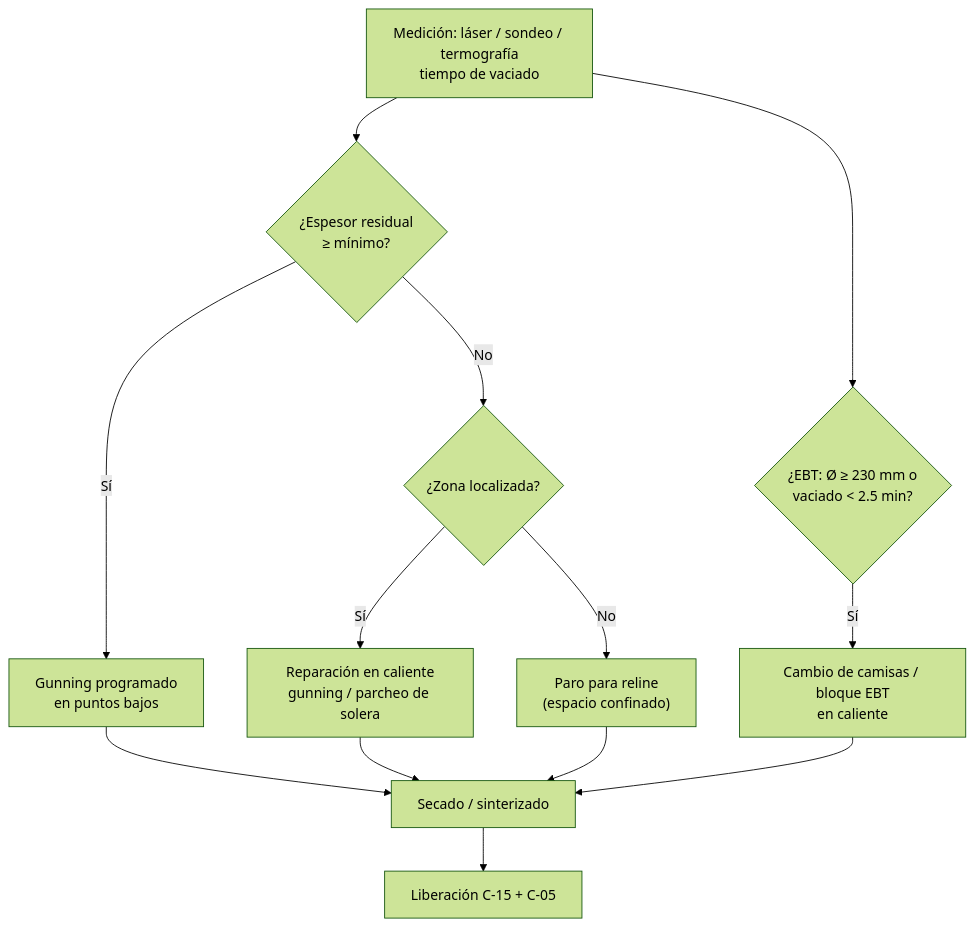
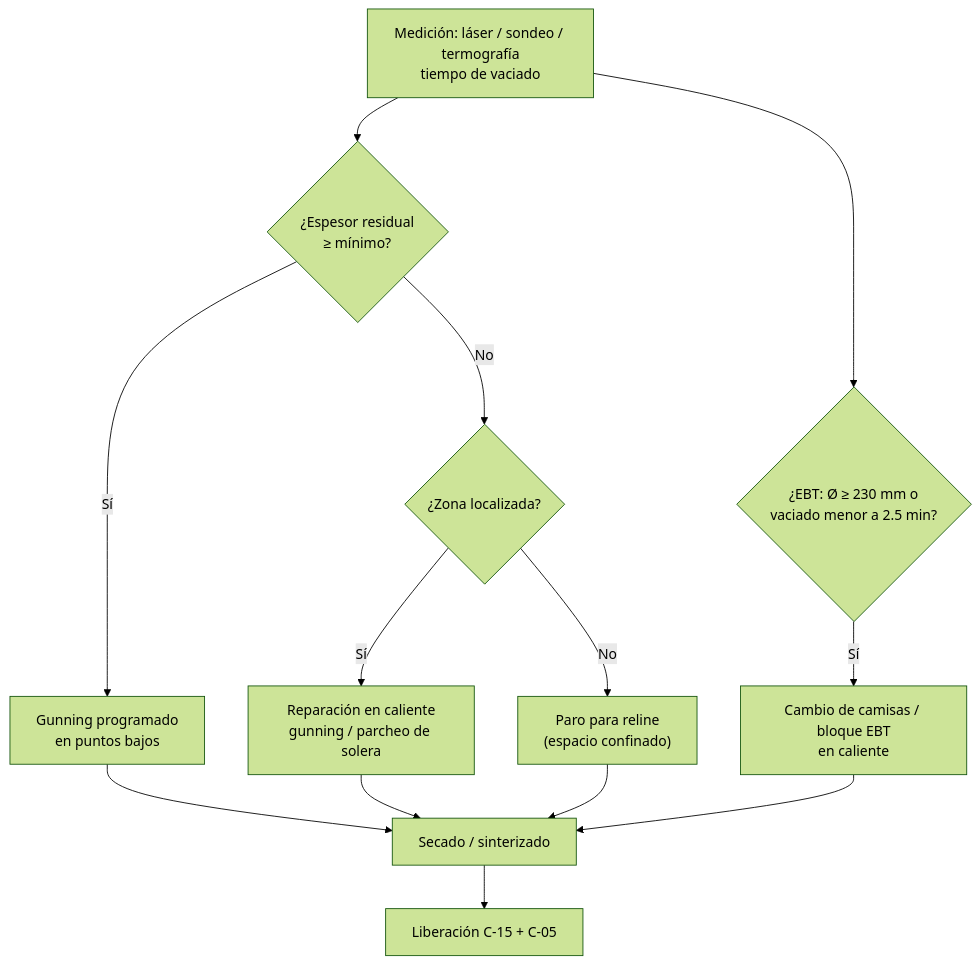
One commit to diegocardonaguzman03-maker/HR changed the diagram in 10-plantas/01-steelmaking/03-mantenimiento/MM-EAF-03-refractario-eaf-solera-ebt-gunning.md. Above: the diagram before and after it, drawn with Mermaid (forest theme). The commit also changed other lines of this file and 35 other files, not shown here.

````diff
--- a/10-plantas/01-steelmaking/03-mantenimiento/MM-EAF-03-refractario-eaf-solera-ebt-gunning.md
+++ b/10-plantas/01-steelmaking/03-mantenimiento/MM-EAF-03-refractario-eaf-solera-ebt-gunning.md
@@ -31,15 +31,15 @@
 ```mermaid
 flowchart TD
     A["Medición: láser / sondeo / termografía<br/>tiempo de vaciado"] --> B{"¿Espesor residual<br/>≥ mínimo?"}
     B -- "Sí" --> C["Gunning programado<br/>en puntos bajos"]
     B -- "No" --> D{"¿Zona localizada?"}
     D -- "Sí" --> E["Reparación en caliente<br/>gunning / parcheo de solera"]
     D -- "No" --> F["Paro para reline<br/>(espacio confinado)"]
-    A --> G{"¿EBT: Ø ≥ 230 mm o<br/>vaciado &lt; 2.5 min?"}
+    A --> G{"¿EBT: Ø ≥ 230 mm o<br/>vaciado menor a 2.5 min?"}
     G -- "Sí" --> H["Cambio de camisas / bloque EBT<br/>en caliente"]
     C --> I["Secado / sinterizado"]
     E --> I
     F --> I
     H --> I
     I --> J["Liberación C-15 + C-05"]
 ```
````
